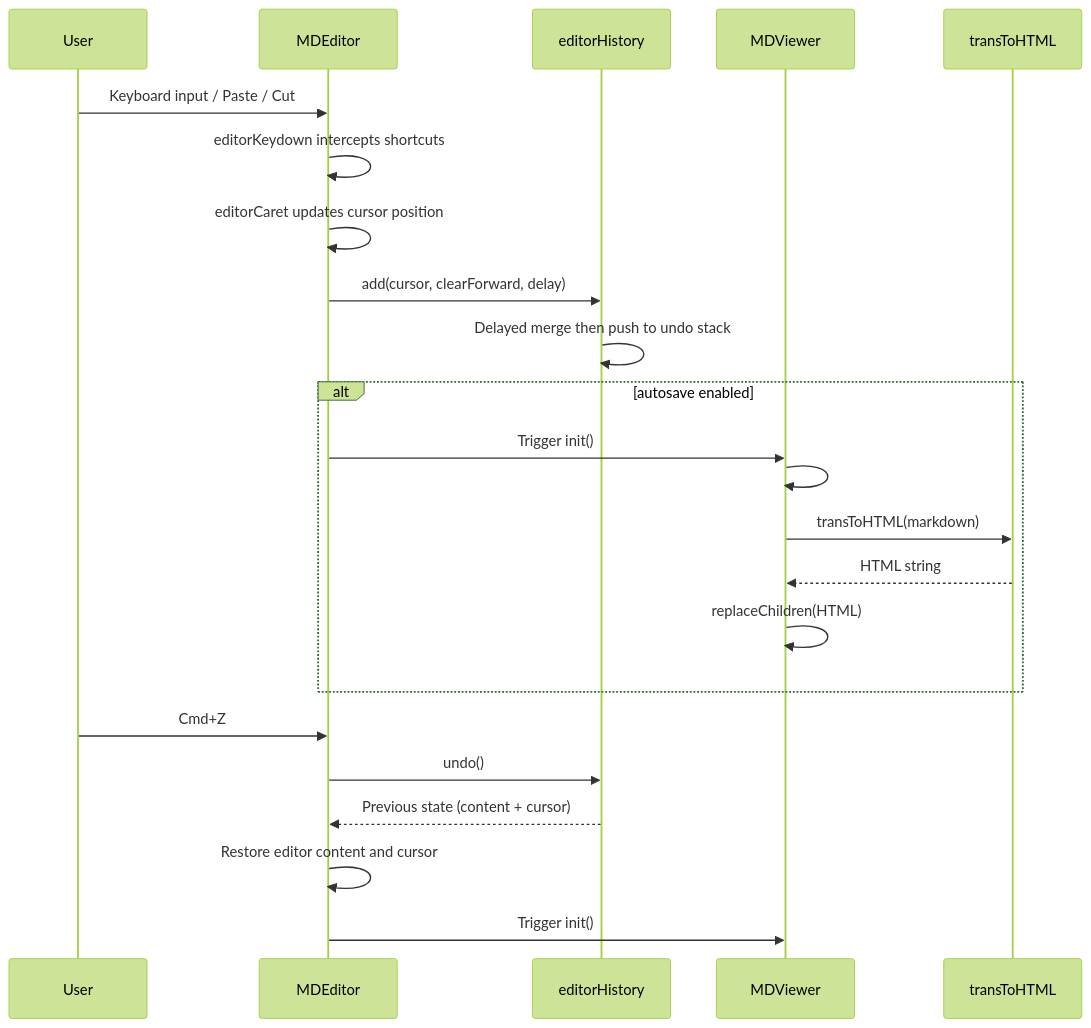
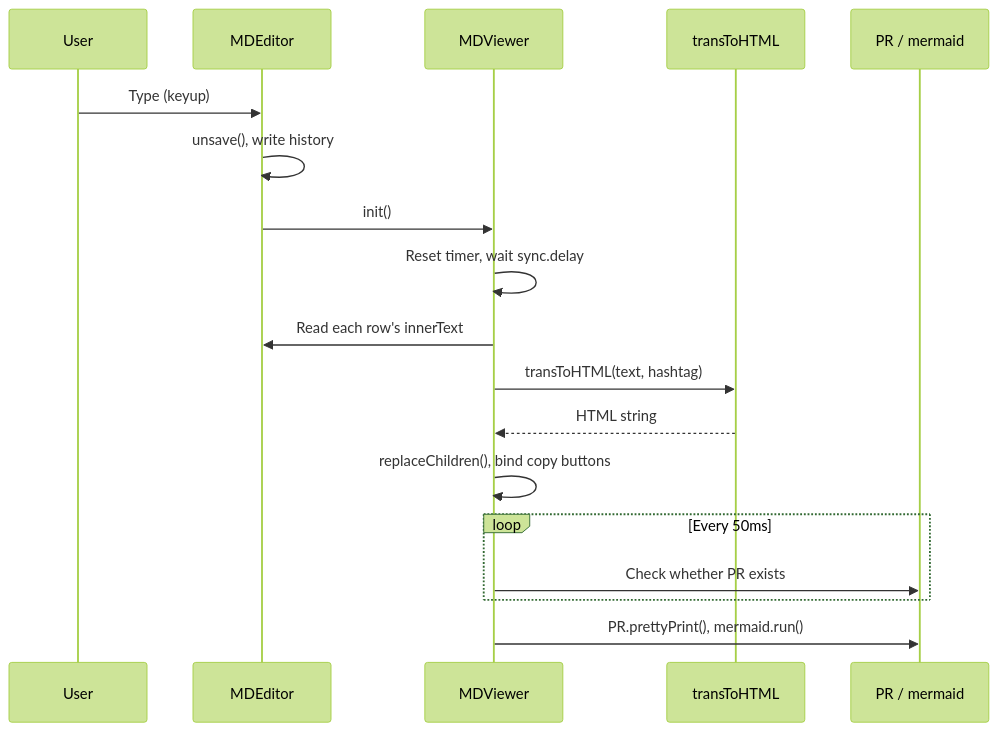
One commit to pardnchiu/NanoMD changed the sixth of 7 diagrams in doc/architecture.md. Above: the diagram before and after it, drawn with Mermaid (forest theme). The commit also changed other lines of this file and 8 other files, not shown here.

````diff
--- a/doc/architecture.md
+++ b/doc/architecture.md
@@ -129,28 +115,20 @@
 ```mermaid
 sequenceDiagram
     participant U as User
     participant E as MDEditor
-    participant H as editorHistory
     participant V as MDViewer
     participant T as transToHTML
-
-    U->>E: Keyboard input / Paste / Cut
-    E->>E: editorKeydown intercepts shortcuts
-    E->>E: editorCaret updates cursor position
-    E->>H: add(cursor, clearForward, delay)
-    H->>H: Delayed merge then push to undo stack
-
-    alt autosave enabled
-        E->>V: Trigger init()
-        V->>V: #get_text() reads editor text
-        V->>T: transToHTML(markdown)
-        T-->>V: HTML string
-        V->>V: replaceChildren(HTML)
+    participant R as PR / mermaid
+    U->>E: Type (keyup)
+    E->>E: unsave(), write history
+    E->>V: init()
+    V->>V: Reset timer, wait sync.delay
+    V->>E: Read each row's innerText
+    V->>T: transToHTML(text, hashtag)
+    T-->>V: HTML string
+    V->>V: replaceChildren(), bind copy buttons
+    loop Every 50ms
+        V->>R: Check whether PR exists
     end
-
-    U->>E: Cmd+Z
-    E->>H: undo()
-    H-->>E: Previous state (content + cursor)
-    E->>E: Restore editor content and cursor
-    E->>V: Trigger init()
+    V->>R: PR.prettyPrint(), mermaid.run()
 ```
````
